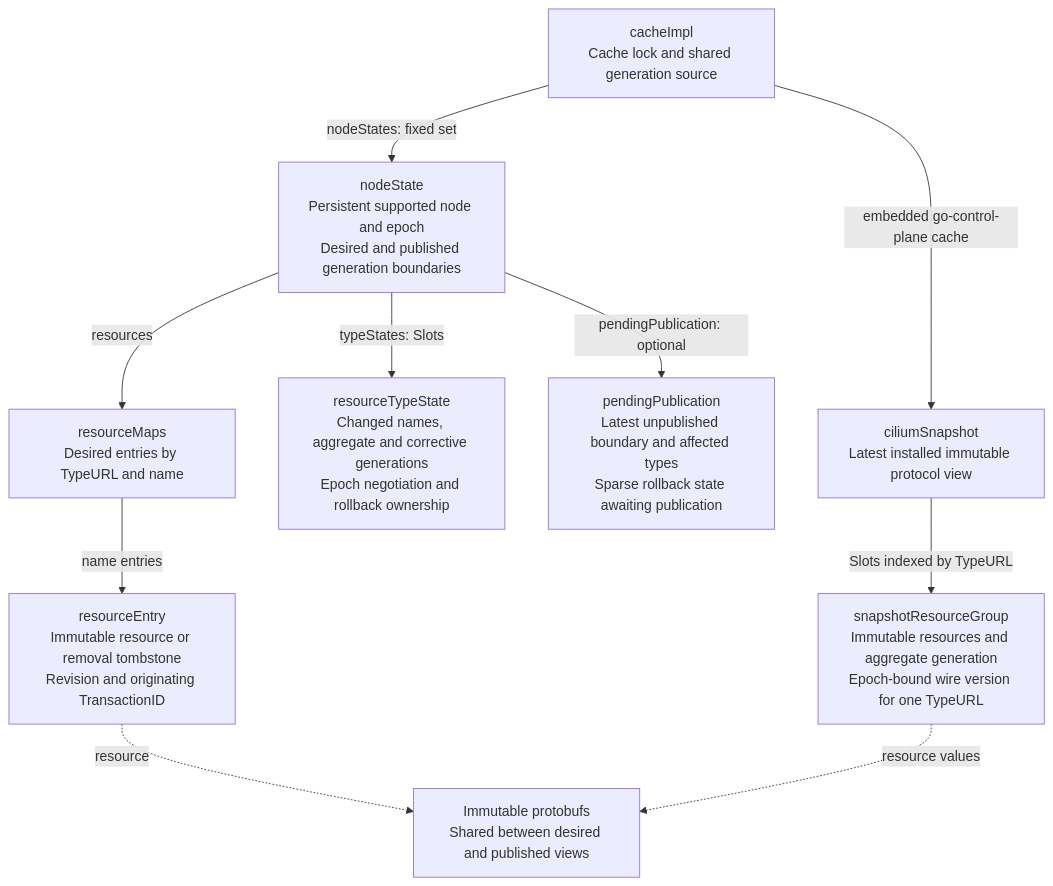
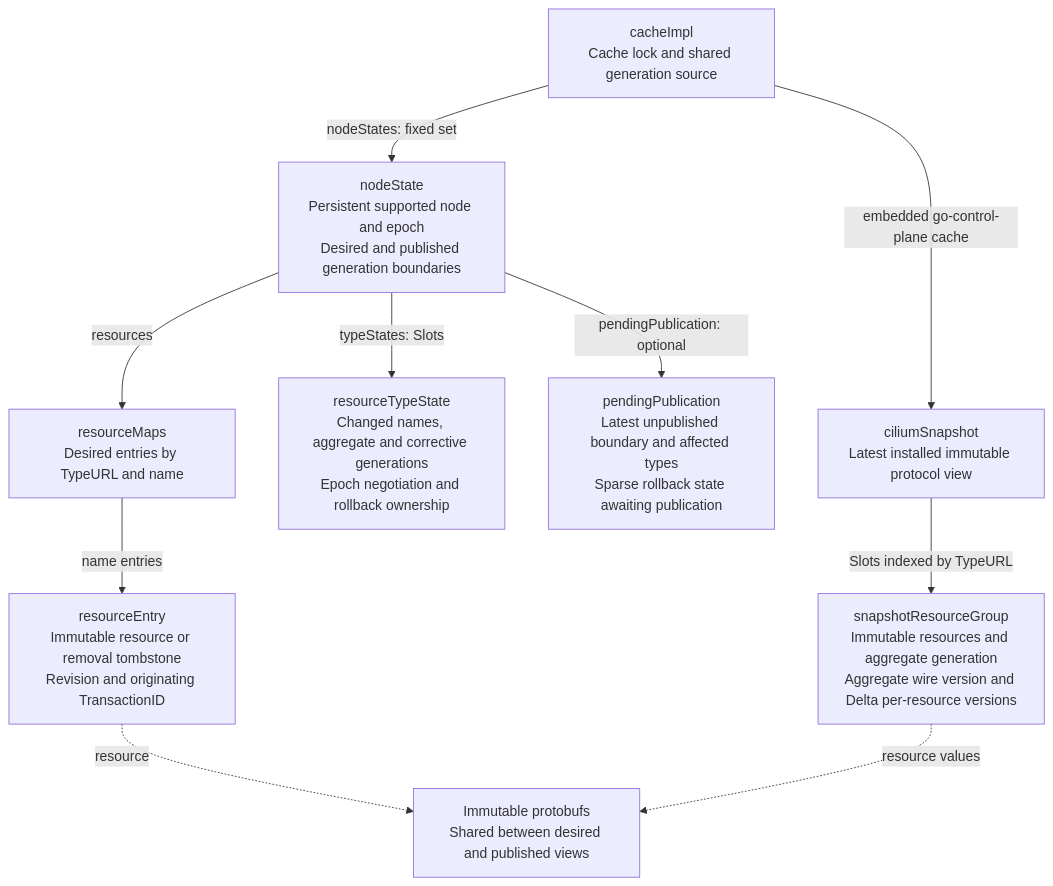
One commit to cilium/cilium changed the first of 4 diagrams in pkg/envoy/xdsnew/design.md. Above: the diagram before and after it, drawn with Mermaid. The commit also changed other lines of this file and 14 other files, not shown here.

````diff
--- a/pkg/envoy/xdsnew/design.md
+++ b/pkg/envoy/xdsnew/design.md
@@ -88,22 +88,22 @@
 ```mermaid
 flowchart TD
     cache["cacheImpl<br/>Cache lock and shared generation source"]
     node["nodeState<br/>Persistent supported node and epoch<br/>Desired and published generation boundaries"]
     desired["resourceMaps<br/>Desired entries by TypeURL and name"]
     entry["resourceEntry<br/>Immutable resource or removal tombstone<br/>Revision and originating TransactionID"]
     types["resourceTypeState<br/>Changed names, aggregate and corrective generations<br/>Epoch negotiation and rollback ownership"]
     snapshot["ciliumSnapshot<br/>Latest installed immutable protocol view"]
-    group["snapshotResourceGroup<br/>Immutable resources and aggregate generation<br/>Epoch-bound wire version for one TypeURL"]
+    group["snapshotResourceGroup<br/>Immutable resources and aggregate generation<br/>Aggregate wire version and Delta per-resource versions"]
     protobuf["Immutable protobufs<br/>Shared between desired and published views"]
     pending["pendingPublication<br/>Latest unpublished boundary and affected types<br/>Sparse rollback state awaiting publication"]
 
     cache -->|nodeStates: fixed set| node
     cache -->|embedded go-control-plane cache| snapshot
     node -->|resources| desired
     desired -->|name entries| entry
     node -->|typeStates: Slots| types
     node -->|pendingPublication: optional| pending
     snapshot -->|Slots indexed by TypeURL| group
     entry -.->|resource| protobuf
     group -.->|resource values| protobuf
 ```
````
